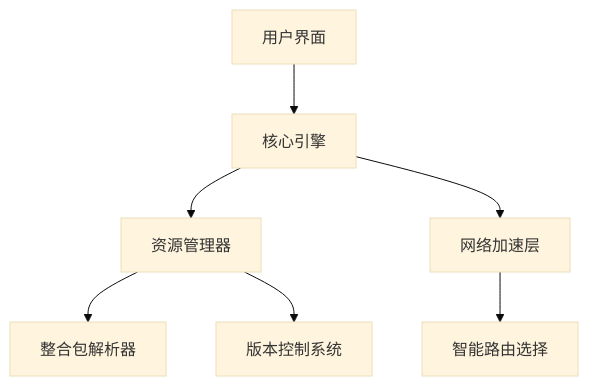
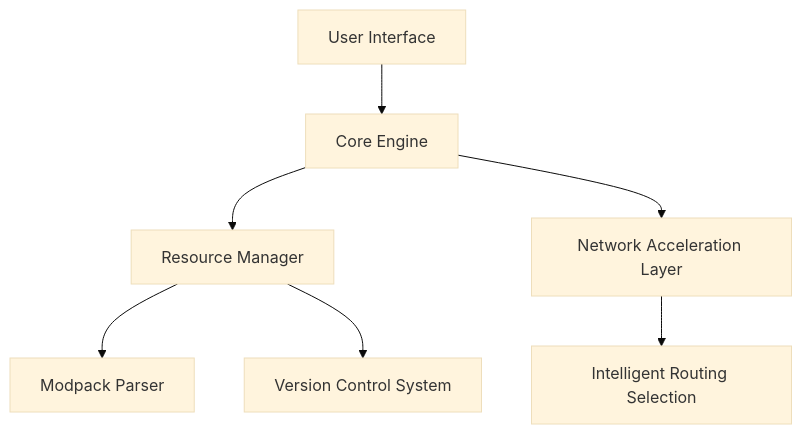
The diagram in README.md (the-OmegaLabs/ArkLauncher), drawn with Mermaid (base theme) before and after one commit. The commit also changed other lines of this file and 3 other files, not shown here.

````diff
--- a/README.md
+++ b/README.md
@@ -65,9 +62,9 @@
 ```mermaid
-graph TD
-    A[用户界面] --> B[核心引擎]
-    B --> C[资源管理器]
-    B --> D[网络加速层]
-    C --> E[整合包解析器]
-    D --> F[智能路由选择]
-    C --> G[版本控制系统]
+graph TD  
+    A[User Interface] --> B[Core Engine]  
+    B --> C[Resource Manager]  
+    B --> D[Network Acceleration Layer]  
+    C --> E[Modpack Parser]  
+    D --> F[Intelligent Routing Selection]  
+    C --> G[Version Control System]  
 ```
````
